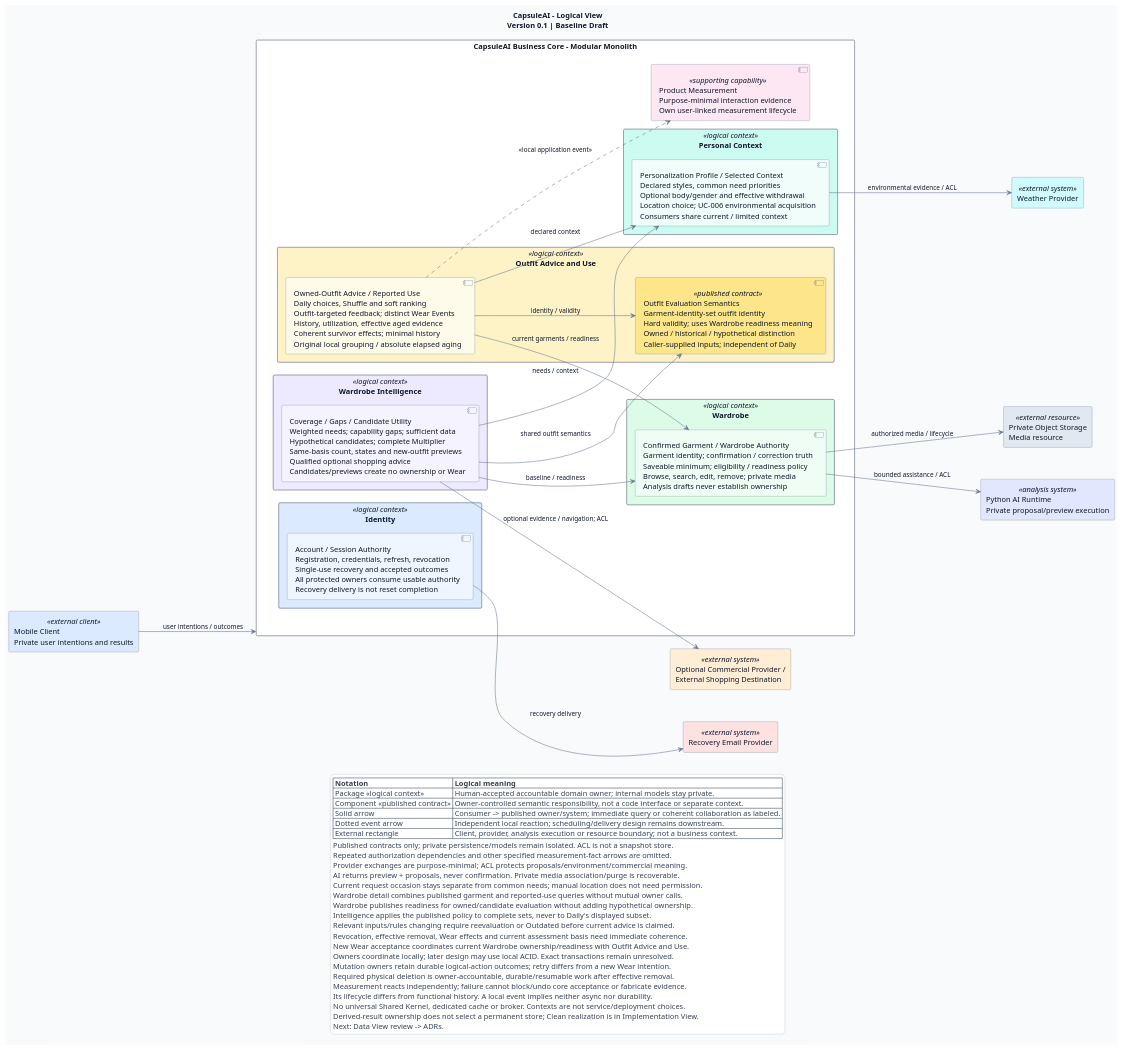
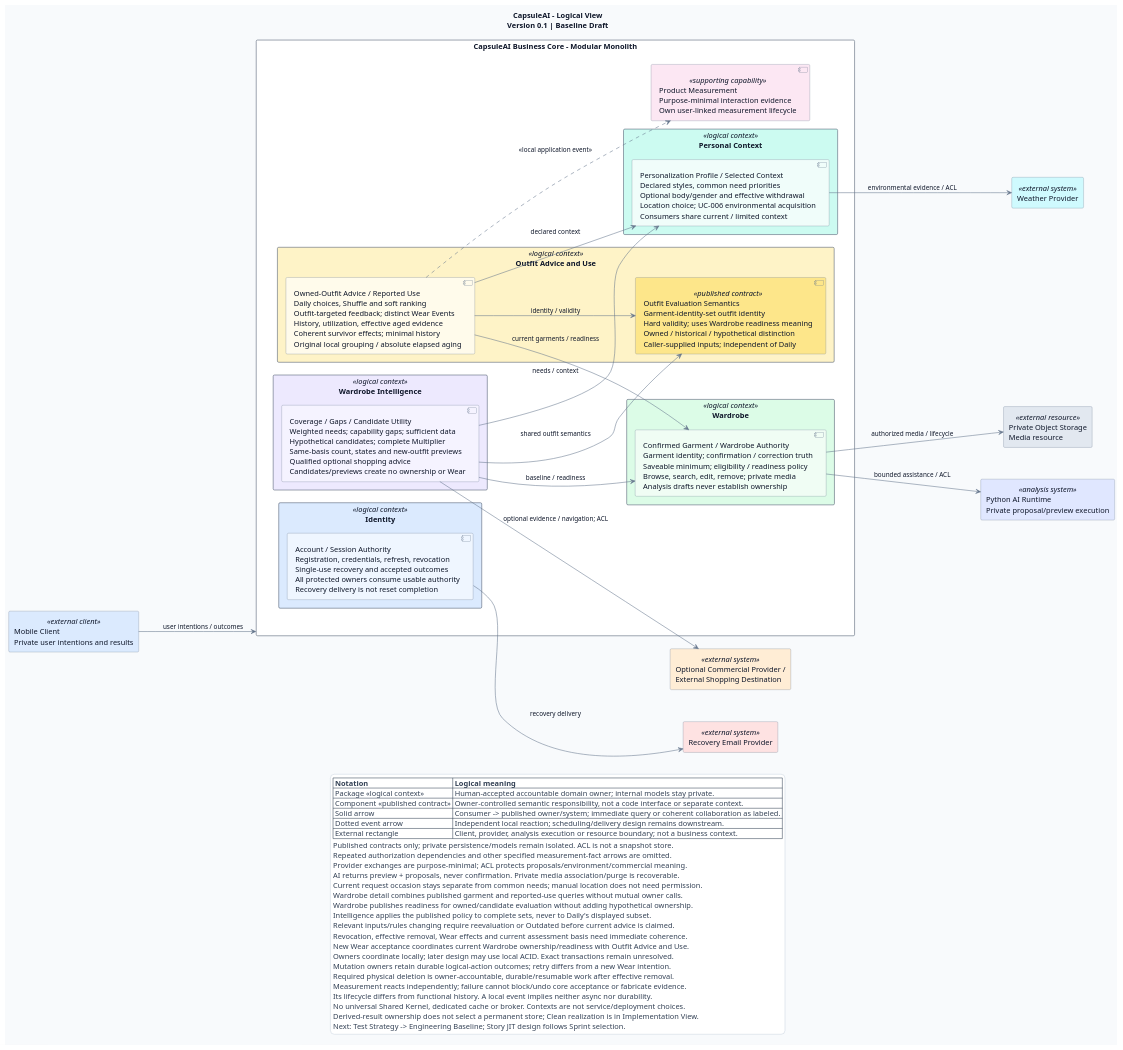
The diagram in docs/04-architecture/views/logical-view.puml (luubinhdeptrai/CapsuleAI), drawn with PlantUML before and after one commit. The commit also changed 11 other files, not shown here.

```diff
--- a/docs/04-architecture/views/logical-view.puml
+++ b/docs/04-architecture/views/logical-view.puml
@@ -1,143 +1,143 @@
 @startuml
 ' Artifact: CapsuleAI Logical View
 ' Version: 0.1; Status: Baseline Draft; Date: 2026-10-10
 ' Source: ADD v0.1 + Selected Architecture Decisions v0.1.1 (ADA-001-018 Selected)
 ' Source versions are authoring baselines; navigation-only patches leave their meaning unchanged.
 ' Scope: logical/domain responsibilities only; decomposition accepted by the human, 2026-10-10.
 ' Navigation update only, 2026-10-11: all three preceding views human-accepted; Data v0.1 exists.
-' Logical owners/dependencies unchanged; Data View review precedes ADRs.
+' Logical owners/dependencies unchanged; 2026-10-20 handoff: Test Strategy, then Engineering Baseline.
 ' Note: not deployment, source-code/package, physical-data or detailed-contract design.
 ' Process: Initial files/CapsuleAI_Scrum_Development_Workflow.md, Sections 21/39-43/46.
 ' Requirements: BRD v0.3; PRD v0.2; SRS v0.3; Business Rules v0.1.2.
 ' Architecture: ADD Sections 3/5-10/12-13; ASR-SEC-001/002, REL-001/002,
 ' CON-001, PERF-001, INT-001, USE-001, TEST-001; existing QA scenarios unchanged.
 ' Whole repository re-read; per-boundary SRS/rules and all 23 UCs re-read before allocation.
 '
 ' Domain reasoning: capabilities -> invariants -> language -> owners -> boundaries -> contracts.
 ' Identity: CAP-01; UC-001-004/AD-004; FR-AUTH; BRULE-AUTH; DATA-AUTH-001/002/005.
 ' Separate access/recovery from optional advice context; profile completeness never gates access.
 ' Personal Context: CAP-01; UC-005/006/AD-006; FR-PROF/WEATHER; BRULE-PROF.
 ' Keep selected environmental acquisition with personal context; no Weather bounded context.
 ' Wardrobe: CAP-02-04; UC-007-010/AD-007; FR-AI/GAR/WAR; BRULE-GAR; DATA-GAR.
 ' AI assistance and media lifecycle stay inside the confirmed-garment owner's responsibility.
 ' Outfit Advice and Use: CAP-05/06 + reported-use CAP-07; UC-011-018;
 ' AD-011/012/014/016/017; BRULE-OUT/PERS/WEAR/HIST; DATA-OUT/WEAR/HIST.
 ' Combine styling and behavior to keep exact targets, survivor effects and ranking coherent,
 ' avoiding mutual context calls; semantic evaluation is published separately within this owner.
 ' Wardrobe Intelligence: Coverage CAP-07 + CAP-08-10; UC-019-023;
 ' AD-019/020/021/022; BRULE-COV/GAP/MULT/SHOP; DATA-ANL-001-004.
 ' Keep capability gaps and complete candidate utility together; no separate Catalog/Commerce BC.
 ' Product Measurement: supporting responsibility, FR-MET-001-007/DATA-RET-003; no actor goal.
 ' Extraction review: Identity adds current-authority remote coupling; Context adds freshness/
 ' withdrawal coupling; Wardrobe adds confirmation/removal/media coherence; Outfit adds current
 ' wardrobe/context acceptance and basis coupling; Intelligence adds same-basis contract coupling.
 ' These are local collaborators today, not service assignments; no independent extraction driver.
 ' Review uncertainty: combined Outfit Advice and Use may merit later separation only with real
 ' change/ownership evidence; preserve one identity/validity owner and immediate survivor effects.
 
 title CapsuleAI - Logical View\nVersion 0.1 | Baseline Draft
 left to right direction
 skinparam monochrome false
 skinparam shadowing false
 skinparam backgroundColor #F8FAFC
 skinparam ArrowColor #64748B
 skinparam defaultFontColor #0F172A
 skinparam rectangle {
   BackgroundColor #F1F5F9
   BorderColor #64748B
   FontColor #0F172A
 }
 skinparam package {
   BorderColor #475569
   FontColor #0F172A
 }
 skinparam component {
   BorderColor #64748B
   FontColor #0F172A
 }
 skinparam legend {
   BackgroundColor #FFFFFF
   BorderColor #CBD5E1
   FontColor #334155
 }
 skinparam packageStyle rectangle
 skinparam componentStyle uml2
 skinparam defaultFontSize 14
 skinparam ArrowFontSize 12
 skinparam nodesep 60
 skinparam ranksep 90
 
 rectangle "Mobile Client\nPrivate user intentions and results" as Mobile <<external client>> #DBEAFE
 rectangle "Recovery Email Provider" as Email <<external system>> #FEE2E2
 rectangle "Weather Provider" as Weather <<external system>> #CFFAFE
 rectangle "Python AI Runtime\nPrivate proposal/preview execution" as AI <<analysis system>> #E0E7FF
 rectangle "Private Object Storage\nMedia resource" as Media <<external resource>> #E2E8F0
 rectangle "Optional Commercial Provider /\nExternal Shopping Destination" as Shopping <<external system>> #FFEDD5
 
 rectangle "CapsuleAI Business Core - Modular Monolith" as Core #FFFFFF {
     package "Identity" as Identity <<logical context>> #DBEAFE {
         component "Account / Session Authority\nRegistration, credentials, refresh, revocation\nSingle-use recovery and accepted outcomes\nAll protected owners consume usable authority\nRecovery delivery is not reset completion" as Access #EFF6FF
     }
     package "Personal Context" as Context <<logical context>> #CCFBF1 {
         component "Personalization Profile / Selected Context\nDeclared styles, common need priorities\nOptional body/gender and effective withdrawal\nLocation choice; UC-006 environmental acquisition\nConsumers share current / limited context" as Personal #F0FDFA
     }
     package "Wardrobe" as Wardrobe <<logical context>> #DCFCE7 {
         component "Confirmed Garment / Wardrobe Authority\nGarment identity; confirmation / correction truth\nSaveable minimum; eligibility / readiness policy\nBrowse, search, edit, remove; private media\nAnalysis drafts never establish ownership" as Garments #F0FDF4
     }
     package "Outfit Advice and Use" as Outfits <<logical context>> #FEF3C7 {
         component "Owned-Outfit Advice / Reported Use\nDaily choices, Shuffle and soft ranking\nOutfit-targeted feedback; distinct Wear Events\nHistory, utilization, effective aged evidence\nCoherent survivor effects; minimal history\nOriginal local grouping / absolute elapsed aging" as Advice #FFFBEB
         component "Outfit Evaluation Semantics\nGarment-identity-set outfit identity\nHard validity; uses Wardrobe readiness meaning\nOwned / historical / hypothetical distinction\nCaller-supplied inputs; independent of Daily" as Evaluation <<published contract>> #FDE68A
     }
     package "Wardrobe Intelligence" as Intelligence <<logical context>> #EDE9FE {
         component "Coverage / Gaps / Candidate Utility\nWeighted needs; capability gaps; sufficient data\nHypothetical candidates; complete Multiplier\nSame-basis count, states and new-outfit previews\nQualified optional shopping advice\nCandidates/previews create no ownership or Wear" as Assessments #F5F3FF
     }
     component "Product Measurement\nPurpose-minimal interaction evidence\nOwn user-linked measurement lifecycle" as Measurement <<supporting capability>> #FCE7F3
 }
 
 ' Dependencies point from consumer to the owner/system whose published meaning it needs.
 Mobile --> Core : user intentions / outcomes
 Access --> Email : recovery delivery
 Personal --> Weather : environmental evidence / ACL
 Garments --> AI : bounded assistance / ACL
 Garments --> Media : authorized media / lifecycle
 
 Advice --> Garments : current garments / readiness
 Advice --> Personal : declared context
 Advice --> Evaluation : identity / validity
 Assessments --> Garments : baseline / readiness
 Assessments --> Personal : needs / context
 Assessments --> Evaluation : shared outfit semantics
 Assessments --> Shopping : optional evidence / navigation; ACL
 
 ' One representative event dependency; other FR-MET interactions use the same supporting owner.
 Advice ..> Measurement : <<local application event>>
 
 legend bottom
   |= Notation |= Logical meaning |
   | Package <<logical context>> | Human-accepted accountable domain owner; internal models stay private. |
   | Component <<published contract>> | Owner-controlled semantic responsibility, not a code interface or separate context. |
   | Solid arrow | Consumer -> published owner/system; immediate query or coherent collaboration as labeled. |
   | Dotted event arrow | Independent local reaction; scheduling/delivery design remains downstream. |
   | External rectangle | Client, provider, analysis execution or resource boundary; not a business context. |
   Published contracts only; private persistence/models remain isolated. ACL is not a snapshot store.
   Repeated authorization dependencies and other specified measurement-fact arrows are omitted.
   Provider exchanges are purpose-minimal; ACL protects proposals/environment/commercial meaning.
   AI returns preview + proposals, never confirmation. Private media association/purge is recoverable.
   Current request occasion stays separate from common needs; manual location does not need permission.
   Wardrobe detail combines published garment and reported-use queries without mutual owner calls.
   Wardrobe publishes readiness for owned/candidate evaluation without adding hypothetical ownership.
   Intelligence applies the published policy to complete sets, never to Daily's displayed subset.
   Relevant inputs/rules changing require reevaluation or Outdated before current advice is claimed.
   Revocation, effective removal, Wear effects and current assessment basis need immediate coherence.
   New Wear acceptance coordinates current Wardrobe ownership/readiness with Outfit Advice and Use.
   Owners coordinate locally; later design may use local ACID. Exact transactions remain unresolved.
   Mutation owners retain durable logical-action outcomes; retry differs from a new Wear intention.
   Required physical deletion is owner-accountable, durable/resumable work after effective removal.
   Measurement reacts independently; failure cannot block/undo core acceptance or fabricate evidence.
   Its lifecycle differs from functional history. A local event implies neither async nor durability.
   No universal Shared Kernel, dedicated cache or broker. Contexts are not service/deployment choices.
   Derived-result ownership does not select a permanent store; Clean realization is in Implementation View.
-  Next: Data View review -> ADRs.
+  Next: Test Strategy -> Engineering Baseline; Story JIT design follows Sprint selection.
 endlegend
 
 @enduml
```
